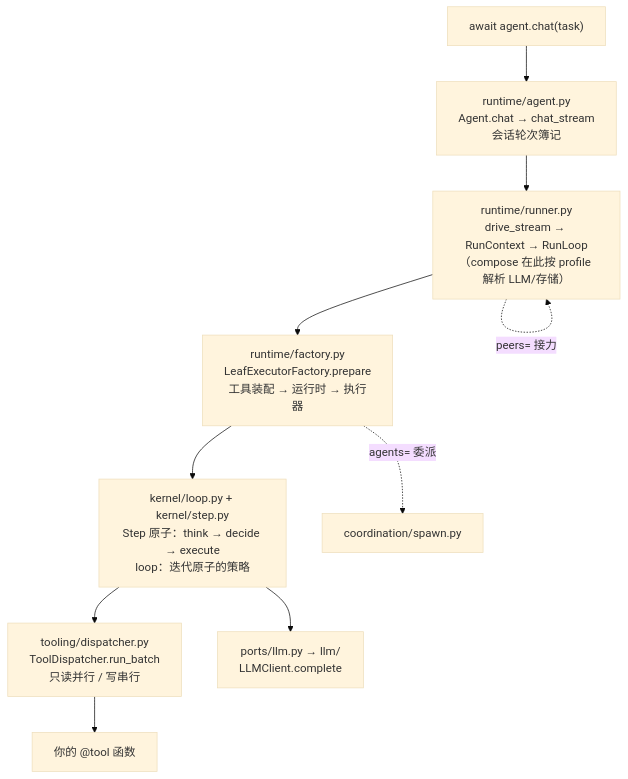
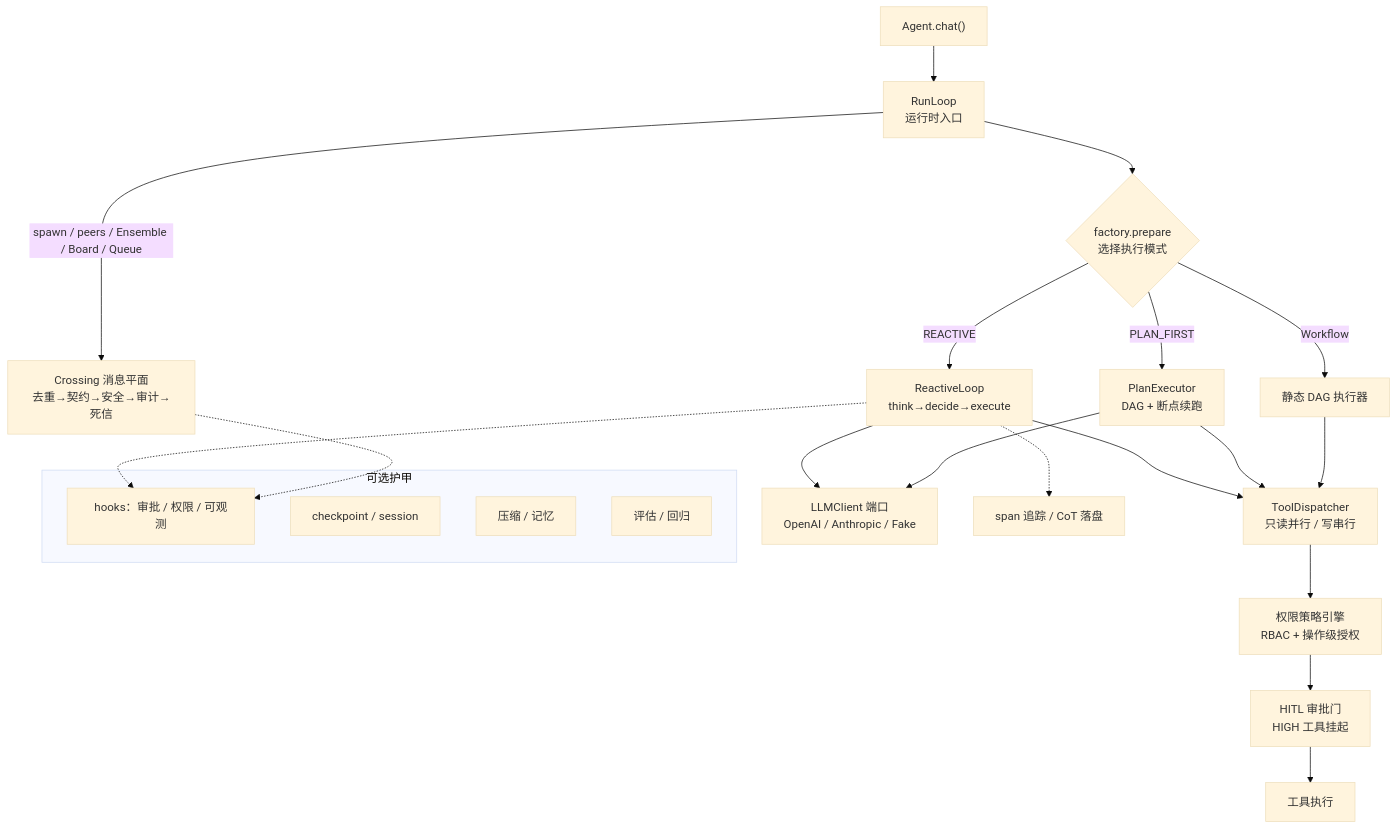
The first of 2 diagrams in docs/tour/index.md (limenagent/prodagent), drawn with Mermaid (base theme) before and after one commit. The commit also changed other lines of this file and 68 other files, not shown here.

````diff
--- a/docs/tour/index.md
+++ b/docs/tour/index.md
@@ -10,12 +11,32 @@
 ```mermaid
-flowchart TD
-    U["await agent.chat(task)"] --> A["runtime/agent.py<br/>Agent.chat → chat_stream<br/>会话轮次簿记"]
-    A --> K["runtime/runner.py<br/>drive_stream → RunContext → RunLoop<br/>（compose 在此按 profile 解析 LLM/存储）"]
-    K --> F["runtime/factory.py<br/>LeafExecutorFactory.prepare<br/>工具装配 → 运行时 → 执行器"]
-    F --> R["kernel/loop.py + kernel/step.py<br/>Step 原子：think → decide → execute<br/>loop：迭代原子的策略"]
-    R --> D["tooling/dispatcher.py<br/>ToolDispatcher.run_batch<br/>只读并行 / 写串行"]
-    R --> L["ports/llm.py → llm/<br/>LLMClient.complete"]
-    D --> T["你的 @tool 函数"]
-    K -.->|"peers= 接力"| K
-    F -.->|"agents= 委派"| SPAWN["coordination/spawn.py"]
+graph TD
+    A["Agent.chat()"] --> B["RunLoop<br/>运行时入口"]
+    B --> C{"factory.prepare<br/>选择执行模式"}
+    C -->|REACTIVE| D["ReactiveLoop<br/>think→decide→execute"]
+    C -->|PLAN_FIRST| E["PlanExecutor<br/>DAG + 断点续跑"]
+    C -->|Workflow| F["静态 DAG 执行器"]
+
+    D --> G["ToolDispatcher<br/>只读并行 / 写串行"]
+    E --> G
+    F --> G
+
+    G --> H["权限策略引擎<br/>RBAC + 操作级授权"]
+    H --> I["HITL 审批门<br/>HIGH 工具挂起"]
+    I --> J["工具执行"]
+
+    D --> K["LLMClient 端口<br/>OpenAI / Anthropic / Fake"]
+    E --> K
+
+    B -->|spawn / peers / Ensemble / Board / Queue| L["Crossing 消息平面<br/>去重→契约→安全→审计→死信"]
+
+    subgraph 可选护甲
+        M["hooks：审批 / 权限 / 可观测"]
+        N["checkpoint / session"]
+        O["压缩 / 记忆"]
+        P["评估 / 回归"]
+    end
+
+    D -.-> M
+    L -.-> M
+    D -.-> Q["span 追踪 / CoT 落盘"]
 ```
````
